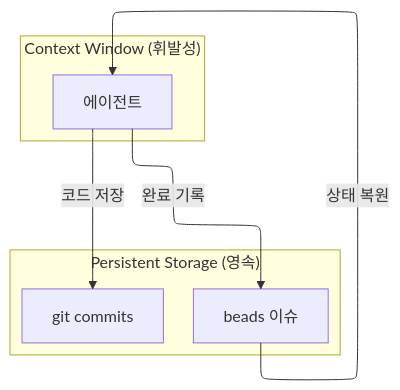
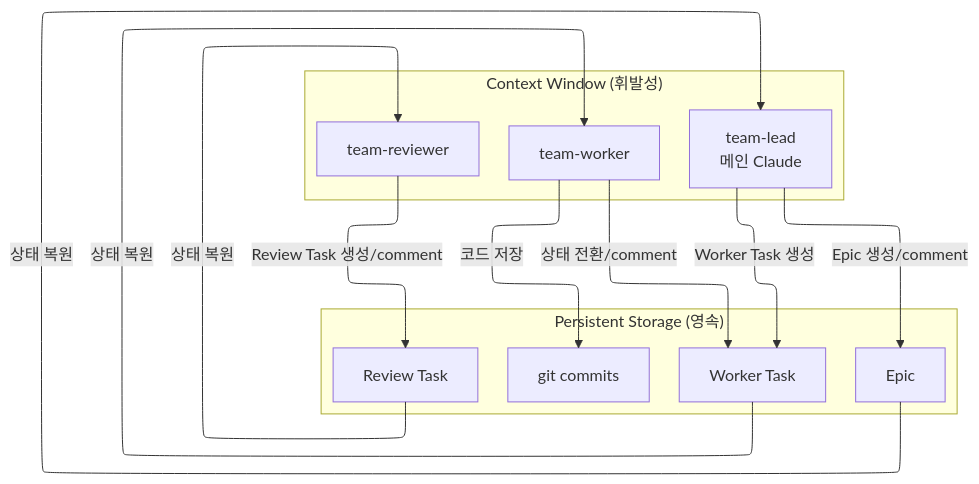
Before and after one commit to Wondermove-Inc/calab-claude-plugin: the diagram in plugins/workflow/guides/context-management.md, drawn with Mermaid. The commit also changed other lines of this file and 14 other files, not shown here.

First line of the commit message:
[refactor]: teams 워크플로우 R1 재설계 - 메인 Claude=team-lead 주도 구조

````diff
--- a/plugins/workflow/guides/context-management.md
+++ b/plugins/workflow/guides/context-management.md
@@ -19,16 +19,28 @@
 ```mermaid
-%%{init: {"flowchart": {"defaultRenderer": "elk"}}}%%
+---
+config:
+  layout: elk
+---
 flowchart TB
-    subgraph "Context Window (휘발성)"
-        Agent[에이전트]
+    subgraph CTX["Context Window (휘발성)"]
+        TL[team-lead<br/>메인 Claude]
+        W[team-worker]
+        R[team-reviewer]
     end
 
-    subgraph "Persistent Storage (영속)"
-        Beads[beads 이슈]
+    subgraph PST["Persistent Storage (영속)"]
+        Epic[Epic]
+        WT[Worker Task]
+        RT[Review Task]
         Git[git commits]
     end
 
-    Agent -->|"완료 기록"| Beads
-    Agent -->|"코드 저장"| Git
-    Beads -->|"상태 복원"| Agent
+    TL -->|Epic 생성/comment| Epic
+    TL -->|Worker Task 생성| WT
+    W -->|상태 전환/comment| WT
+    W -->|코드 저장| Git
+    R -->|Review Task 생성/comment| RT
+    Epic -->|상태 복원| TL
+    WT -->|상태 복원| W
+    RT -->|상태 복원| R
 ```
````
